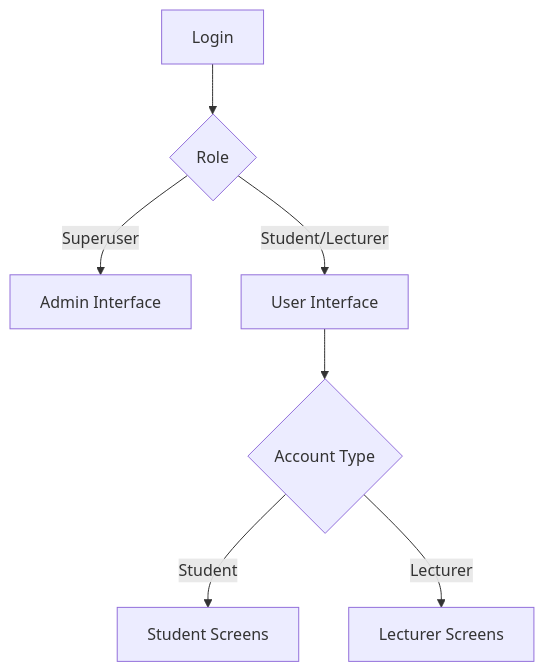
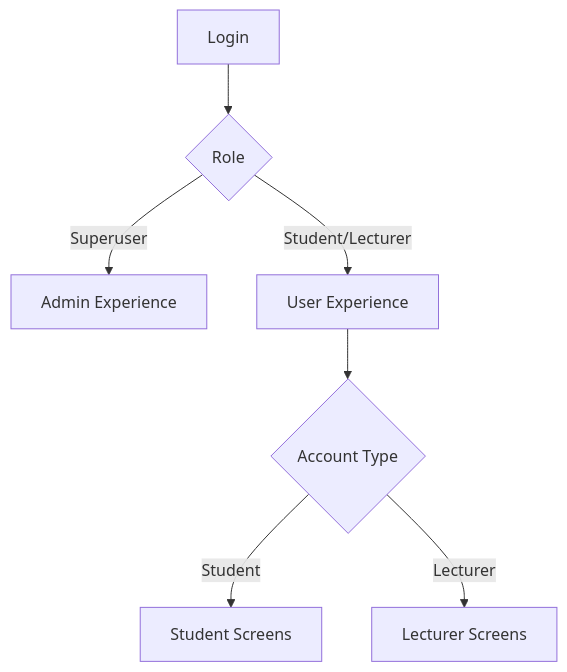
The second of 4 diagrams in designdoc.md (orbitez/docs), drawn with Mermaid before and after one commit. The commit also changed other lines of this file, not shown here.

````diff
--- a/designdoc.md
+++ b/designdoc.md
@@ -52,12 +53,12 @@
 ```mermaid
 flowchart TB
     Login[Login] --> Split{Role}
 
-    Split -->|Superuser| Admin[Admin Interface]
-    Split -->|Student/Lecturer| User[User Interface]
+    Split -->|Superuser| Admin[Admin Experience]
+    Split -->|Student/Lecturer| User[User Experience]
 
     User --> Type{Account Type}
 
     Type -->|Student| Student[Student Screens]
     Type -->|Lecturer| Lecturer[Lecturer Screens]
 ```
````
